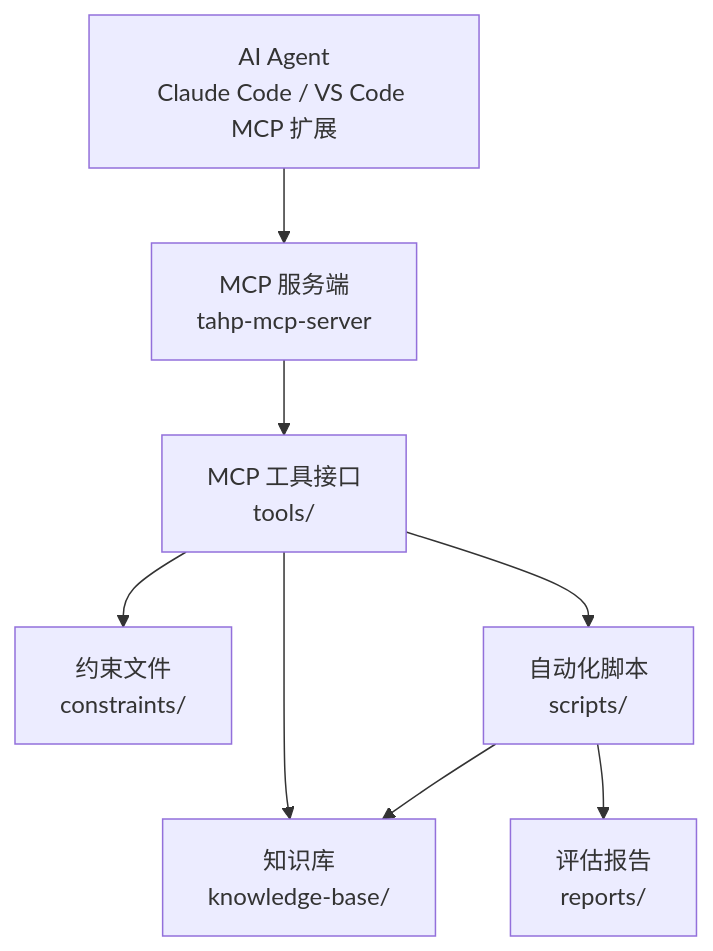
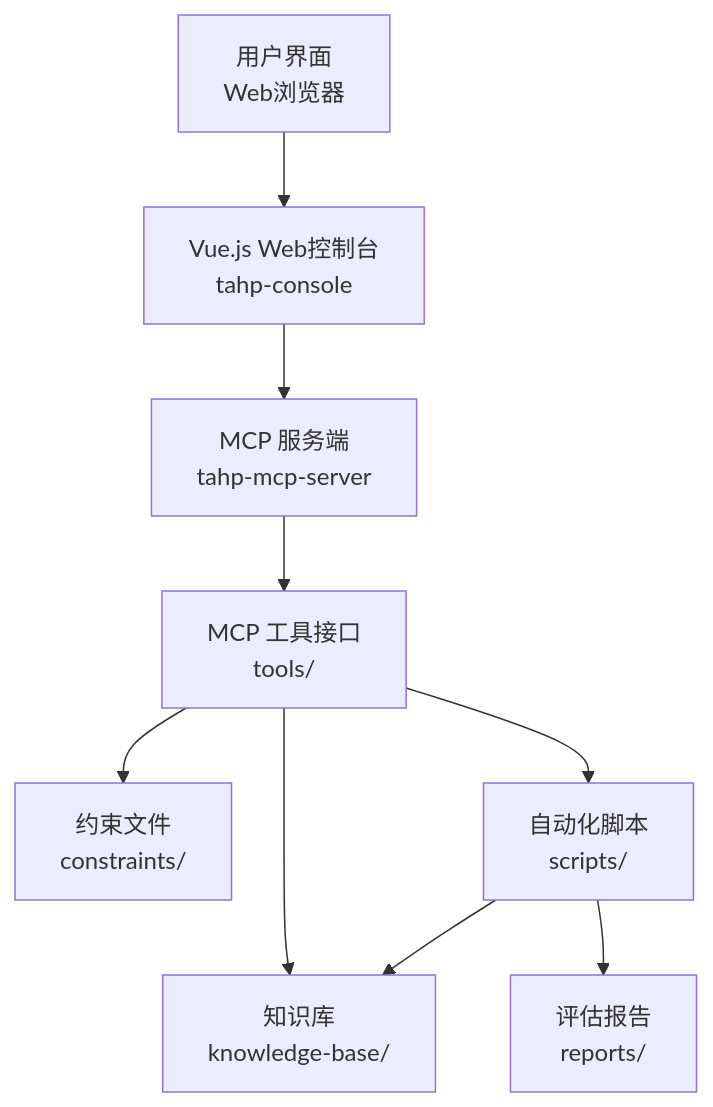
One commit to afcartevil/automated-test-script changed the second of 6 diagrams in .qoder/repowiki/zh/content/快速开始.md. Above: the diagram before and after it, drawn with Mermaid. The commit also changed other lines of this file and 650 other files, not shown here.

````diff
--- a/.qoder/repowiki/zh/content/快速开始.md
+++ b/.qoder/repowiki/zh/content/快速开始.md
@@ -94,10 +122,11 @@
 ```mermaid
 graph TB
-Agent["AI Agent<br/>Claude Code / VS Code MCP 扩展"] --> MCP["MCP 服务端<br/>tahp-mcp-server"]
+User["用户界面<br/>Web浏览器"] --> Console["Vue.js Web控制台<br/>tahp-console"]
+Console --> MCP["MCP 服务端<br/>tahp-mcp-server"]
 MCP --> Tools["MCP 工具接口<br/>tools/"]
 Tools --> Constraints["约束文件<br/>constraints/"]
 Tools --> KB["知识库<br/>knowledge-base/"]
 Tools --> Scripts["自动化脚本<br/>scripts/"]
 Scripts --> KB
 Scripts --> Reports["评估报告<br/>reports/"]
 ```
````
